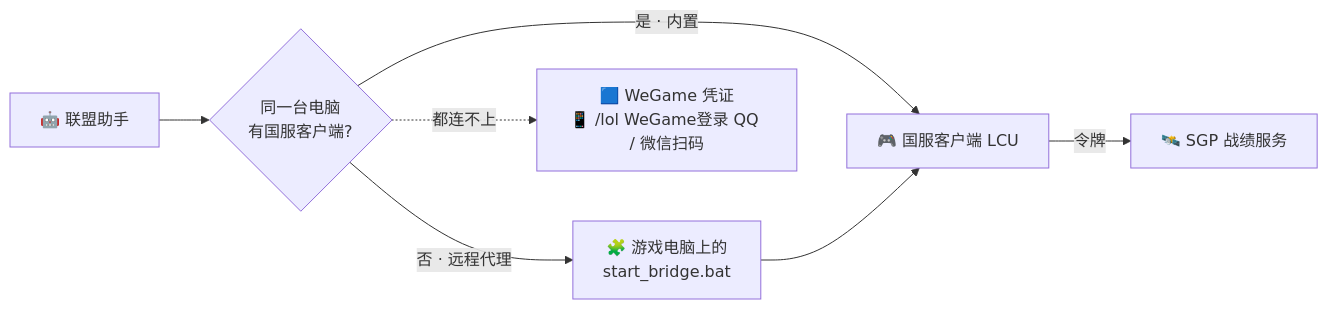
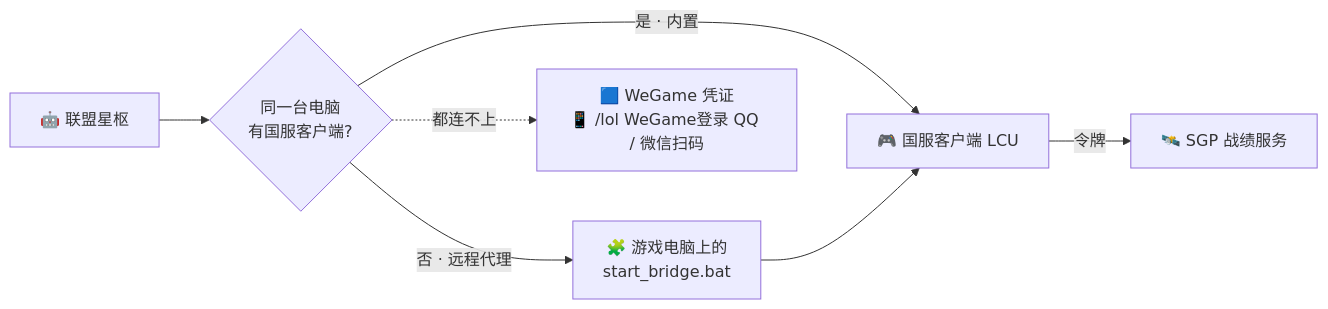
The fourth of 4 diagrams in README.md (horizoe10/astrbot_plugin_lolhelper), drawn with Mermaid before and after one commit. The commit also changed other lines of this file and 13 other files, not shown here.

````diff
--- a/README.md
+++ b/README.md
@@ -222,9 +225,9 @@
 ```mermaid
 flowchart LR
-  B[🤖 联盟助手] --> Q{同一台电脑<br/>有国服客户端?}
+  B[🤖 联盟星枢] --> Q{同一台电脑<br/>有国服客户端?}
   Q -->|是 · 内置| L[🎮 国服客户端 LCU]
   Q -->|否 · 远程代理| P[🧩 游戏电脑上的<br/>start_bridge.bat]
   Q -.->|都连不上| W[🟦 WeGame 凭证<br/>📱 /lol WeGame登录 QQ / 微信扫码]
   P --> L
   L -- 令牌 --> S[🛰️ SGP 战绩服务]
 ```
````
